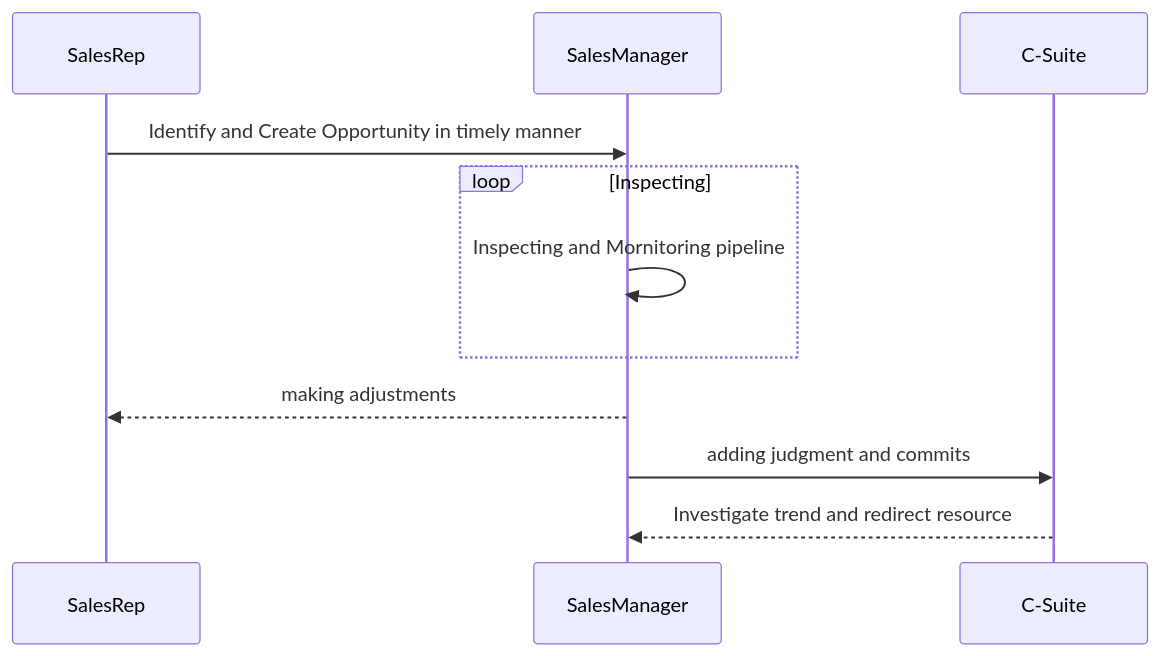
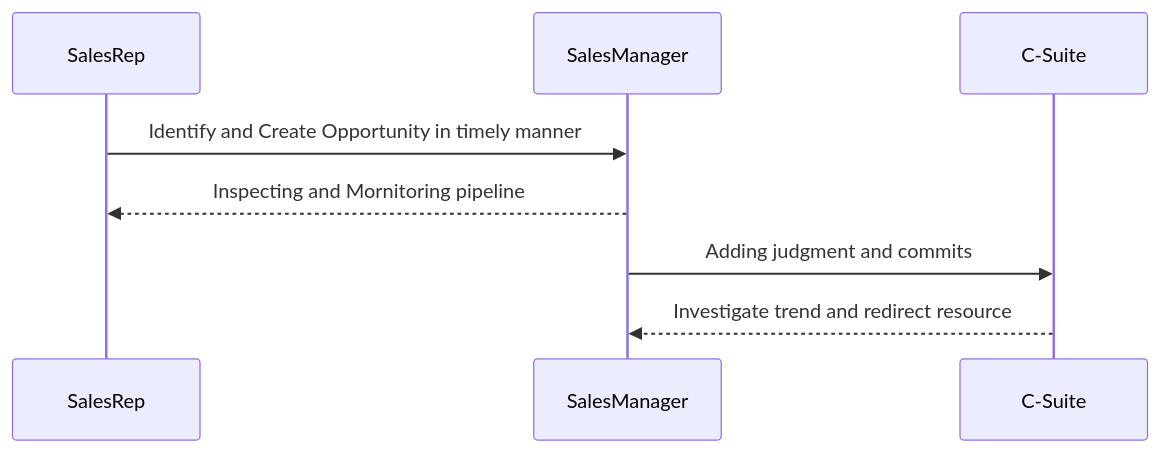
One commit to zhangjiacheng/zhangjiacheng.github.io changed the diagram in _posts/2023-09-25-SalesForecasting.md. Above: the diagram before and after it, drawn with Mermaid.

Commit message:
salesforce forecasting post adjustments 3

```diff
--- a/_posts/2023-09-25-SalesForecasting.md
+++ b/_posts/2023-09-25-SalesForecasting.md
@@ -141,10 +141,7 @@
 <div class="mermaid">
 sequenceDiagram
   SalesRep->>SalesManager: Identify and Create Opportunity in timely manner
-  loop Inspecting
-      SalesManager->>SalesManager: Inspecting and Mornitoring pipeline
-  end
-  SalesManager-->>SalesRep: making adjustments
-  SalesManager->>C-Suite: adding judgment and commits
+  SalesManager-->>SalesRep: Inspecting and Mornitoring pipeline
+  SalesManager->>C-Suite: Adding judgment and commits
   C-Suite-->>SalesManager: Investigate trend and redirect resource
 </div>
```
